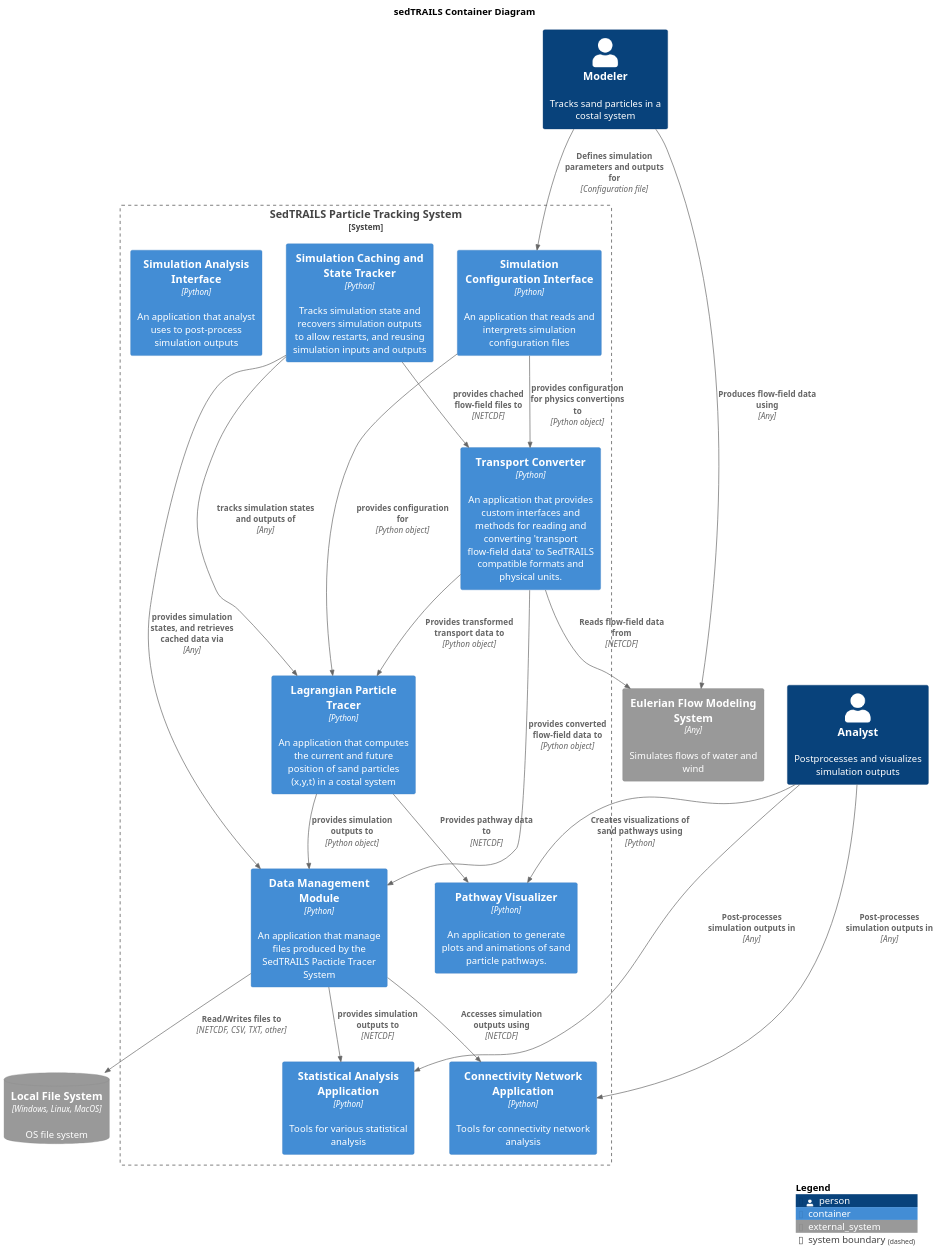
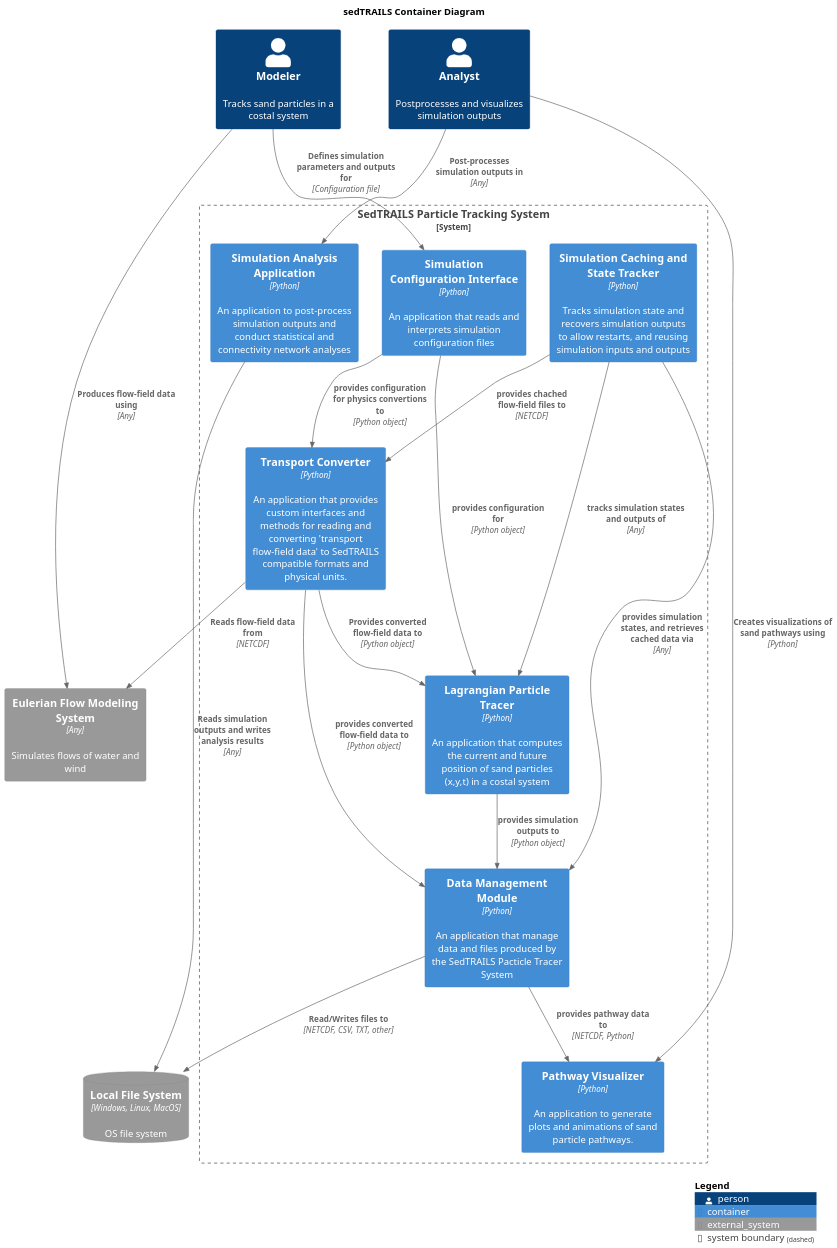
One commit to sgpearson17/sedtrails-sgp changed the diagram in diagrams/containers.puml. Above: the diagram before and after it, drawn with PlantUML.

Commit message:
update containers diagram based on feedback, 29-jan

```diff
--- a/diagrams/containers.puml
+++ b/diagrams/containers.puml
@@ -1,62 +1,61 @@
 @startuml SedtrailContainer
 !include ./c4/C4_Container.puml
 
 title sedTRAILS Container Diagram
 scale 1.5
 ' LAYOUT_LANDSCAPE()
 
 
 Person(modeler, "Modeler", "Tracks sand particles in a costal system")
 Person(analyst, "Analyst", "Postprocesses and visualizes simulation outputs")
 
 System_Boundary(sedtrailsSystem, "SedTRAILS Particle Tracking System"){ 
     Container(sedtrailsTracer, "Lagrangian Particle Tracer", "Python", "An application that computes the current and future position of sand particles (x,y,t) in a costal system")
 
     Container(configInterpreter, "Simulation Configuration Interface", "Python", "An application that reads and interprets simulation configuration files")
 
     Container(transportConverter, "Transport Converter", "Python", "An application that provides custom interfaces and methods for reading and converting 'transport flow-field data' to SedTRAILS compatible formats and physical units.")
     Container(pathwayVisualizer, "Pathway Visualizer", "Python", "An application to generate plots and animations of sand particle pathways.")
     Container(cache, "Simulation Caching and State Tracker", "Python", "Tracks simulation state and recovers simulation outputs to allow restarts, and reusing simulation inputs and outputs")
-    Container(dataManager, "Data Management Module", "Python", "An application that manage files produced by the SedTRAILS Pacticle Tracer System")
+    Container(dataManager, "Data Management Module", "Python", "An application that manage data and files produced by the SedTRAILS Pacticle Tracer System")
 
-    Container(connectivityNetworkSys, "Connectivity Network Application", "Python", "Tools for connectivity network analysis")
+    ' Container(connectivityNetworkSys, "Connectivity Network Application", "Python", "Tools for connectivity network analysis")
 
-    Container(statisticsSys, "Statistical Analysis Application", "Python", "Tools for various statistical analysis")
+    ' Container(statisticsSys, "Statistical Analysis Application", "Python", "Tools for various statistical analysis")
 
-    Container(analystInterface, "Simulation Analysis Interface", "Python", "An application that analyst uses to post-process simulation outputs")
-    ' CONTINUE HERE
-    
-    Rel(transportConverter, sedtrailsTracer, "Provides transformed transport data to", "Python object")
-    Rel(sedtrailsTracer, pathwayVisualizer, "Provides pathway data to", "NETCDF")
+    Container(analystApp, "Simulation Analysis Application", "Python", "An application to post-process simulation outputs and conduct statistical and connectivity network analyses")
+ 
+    Rel(transportConverter, sedtrailsTracer, "Provides converted flow-field data to", "Python object")
+
     Rel(cache, sedtrailsTracer, "tracks simulation states and outputs of", "Any")
     Rel(configInterpreter, transportConverter, "provides configuration for physics convertions to", "Python object")
     Rel(configInterpreter, sedtrailsTracer, "provides configuration for", "Python object")
+    Rel(sedtrailsTracer, dataManager, "provides simulation outputs to", "Python object")
+
+    Rel(transportConverter, dataManager, "provides converted flow-field data to", "Python object") 
+    Rel(cache, dataManager, "provides simulation states, and retrieves cached data via", "Any") 
+    Rel(cache, transportConverter, "provides chached flow-field files to", "NETCDF")
+    Rel(dataManager, pathwayVisualizer, "provides pathway data to", "NETCDF, Python")
 }
-
 System_Ext(flowSystem, "Eulerian Flow Modeling System", "Simulates flows of water and wind", $type="Any")
 
 SystemDb_Ext(fileSystem, "Local File System", "OS file system", $type="Windows, Linux, MacOS")
 
 Rel(dataManager, fileSystem, "Read/Writes files to", "NETCDF, CSV, TXT, other")
 
-Rel(sedtrailsTracer, dataManager, "provides simulation outputs to", "Python object")
-
-Rel(transportConverter, dataManager, "provides converted flow-field data to", "Python object")
-
-Rel(cache, dataManager, "provides simulation states, and retrieves cached data via", "Any")
-Rel(cache, transportConverter, "provides chached flow-field files to", "NETCDF")
-
 Rel(modeler, configInterpreter, "Defines simulation parameters and outputs for", "Configuration file")
 
+' Rel(dataManager, connectivityNetworkSys,  "Accesses simulation outputs using", "NETCDF")
+' Rel(dataManager, statisticsSys,  "provides simulation outputs to", "NETCDF")
 
-Rel(dataManager, connectivityNetworkSys,  "Accesses simulation outputs using", "NETCDF")
-Rel(dataManager, statisticsSys,  "provides simulation outputs to", "NETCDF")
 Rel(analyst, pathwayVisualizer, "Creates visualizations of sand pathways using", "Python")
-Rel(analyst, connectivityNetworkSys, "Post-processes simulation outputs in", "Any")
-Rel(analyst, statisticsSys, "Post-processes simulation outputs in", "Any")
+Rel(analyst, analystApp, "Post-processes simulation outputs in", "Any")
+Rel(analystApp, fileSystem, "Reads simulation outputs and writes analysis results", "Any")
+
+' Rel(analyst, statisticsSys, "Post-processes simulation outputs in", "Any")
 
 Rel(modeler, flowSystem, "Produces flow-field data using", "Any")
 Rel(transportConverter, flowSystem, "Reads flow-field data from", "NETCDF")
 
 SHOW_LEGEND()
 @enduml
```
